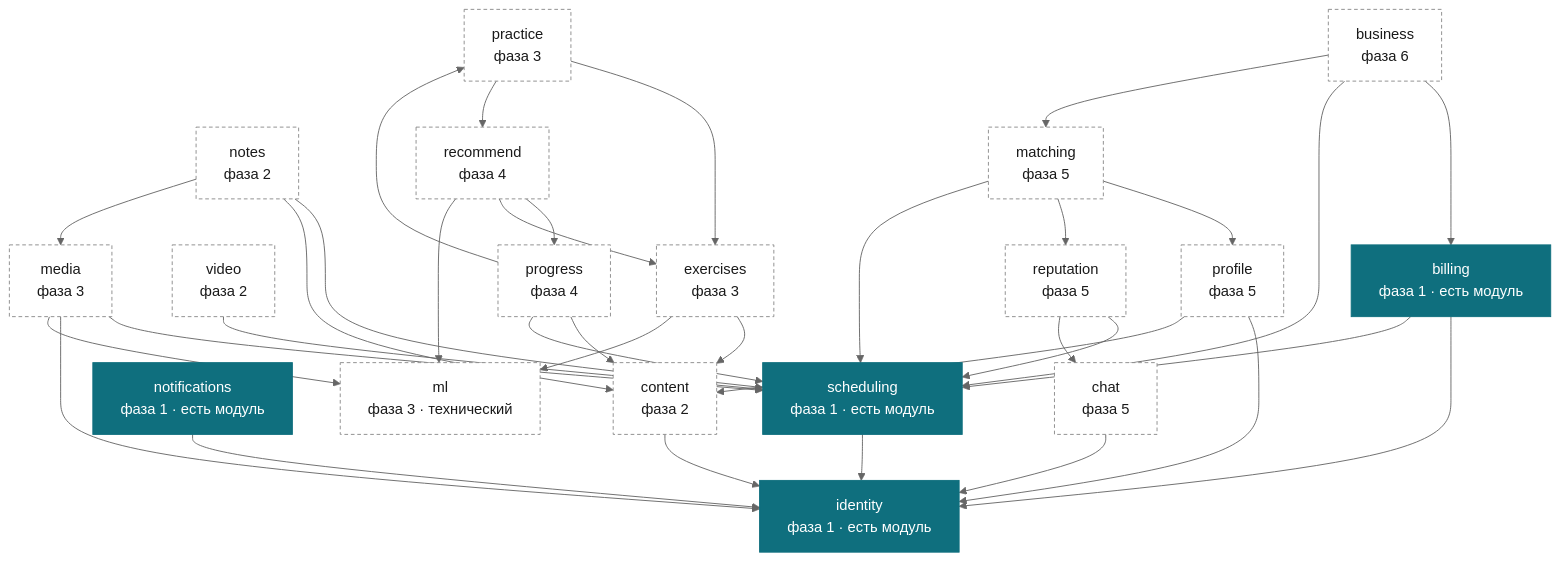
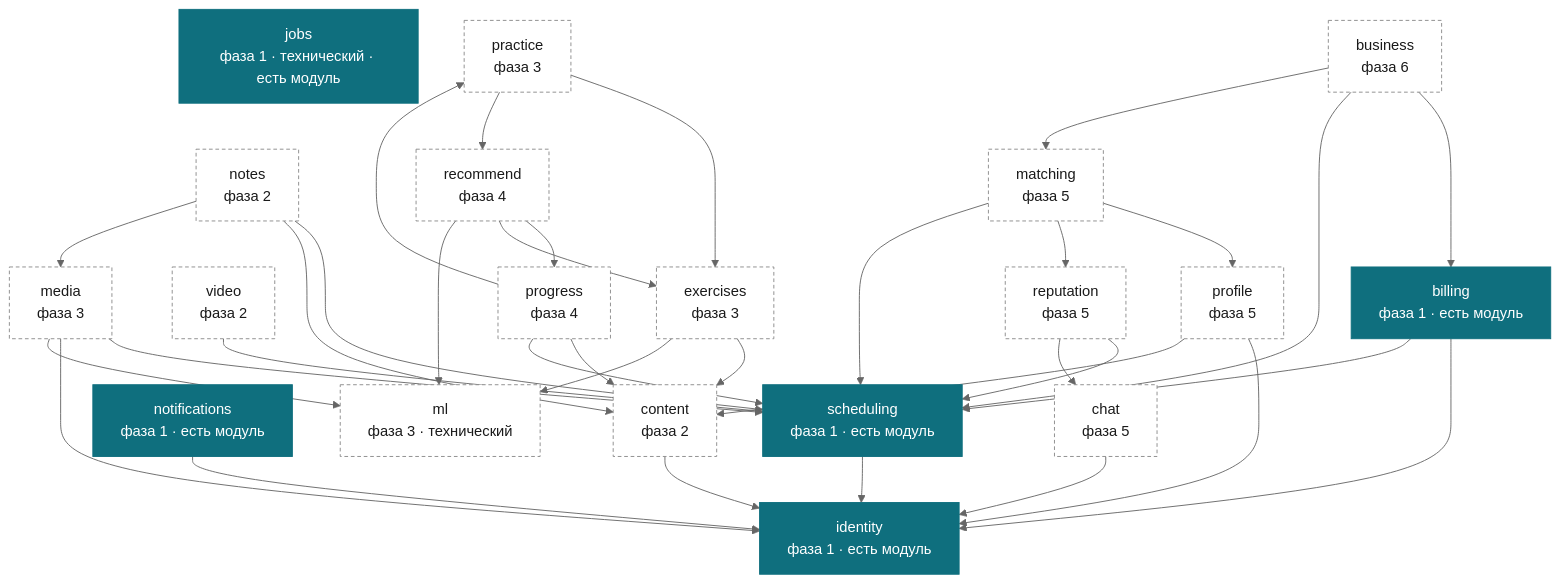
One commit to don-qu1xote/pdr changed the diagram in docs/architecture/context-map.md. Above: the diagram before and after it, drawn with Mermaid (neutral theme). The commit also changed other lines of this file and 38 other files, not shown here.

````diff
--- a/docs/architecture/context-map.md
+++ b/docs/architecture/context-map.md
@@ -72,69 +72,70 @@
 ```mermaid
 flowchart TD
     %% exists заведён заранее: им помечается контекст, у которого появился модуль.
     classDef exists fill:#0F6F7E,stroke:#0F6F7E,color:#ffffff;
     classDef planned fill:#ffffff,stroke:#8a8a8a,stroke-dasharray:4 3,color:#1a1a1a;
 
     identity["identity<br/>фаза 1 · есть модуль"]
     scheduling["scheduling<br/>фаза 1 · есть модуль"]
     billing["billing<br/>фаза 1 · есть модуль"]
     notifications["notifications<br/>фаза 1 · есть модуль"]
+    jobs["jobs<br/>фаза 1 · технический · есть модуль"]
 
     video["video<br/>фаза 2"]
     content["content<br/>фаза 2"]
     notes["notes<br/>фаза 2"]
 
     exercises["exercises<br/>фаза 3"]
     practice["practice<br/>фаза 3"]
     media["media<br/>фаза 3"]
     ml["ml<br/>фаза 3 · технический"]
 
     progress["progress<br/>фаза 4"]
     recommend["recommend<br/>фаза 4"]
 
     profile["profile<br/>фаза 5"]
     matching["matching<br/>фаза 5"]
     reputation["reputation<br/>фаза 5"]
     chat["chat<br/>фаза 5"]
 
     business["business<br/>фаза 6"]
 
     scheduling --> identity
     billing --> identity
     billing --> scheduling
     notifications --> identity
     video --> scheduling
     content --> identity
     notes --> scheduling
     notes --> content
     notes --> media
     exercises --> content
     exercises --> ml
     practice --> exercises
     practice --> recommend
     media --> scheduling
     media --> identity
     media --> ml
     progress --> practice
     progress --> content
     progress --> scheduling
     recommend --> progress
     recommend --> exercises
     recommend --> ml
     profile --> identity
     profile --> content
     matching --> profile
     matching --> reputation
     matching --> scheduling
     reputation --> scheduling
     reputation --> chat
     chat --> identity
     business --> billing
     business --> scheduling
     business --> matching
 
-    class identity,scheduling,billing,notifications exists;
+    class identity,scheduling,billing,notifications,jobs exists;
     class video,content,notes planned;
     class exercises,practice,media,ml,progress,recommend planned;
     class profile,matching,reputation,chat,business planned;
 ```
````
